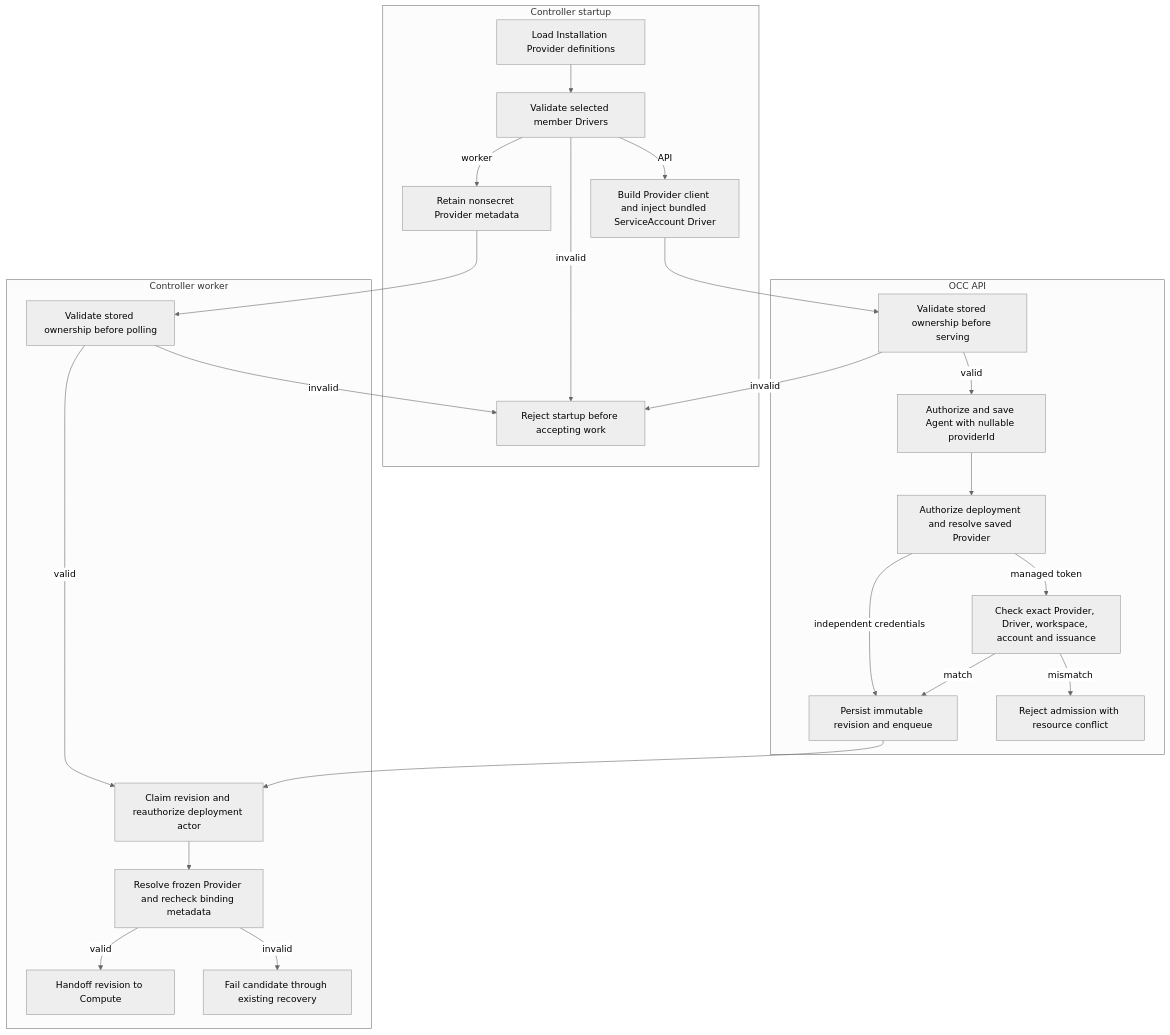
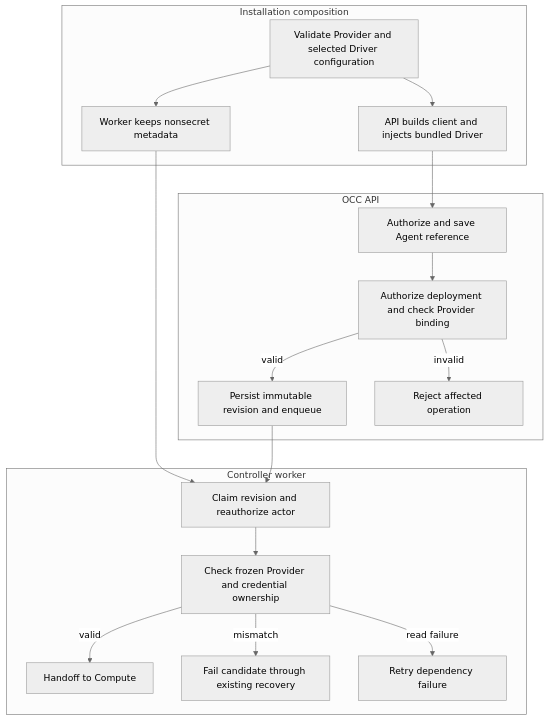
One commit to IsaiahStapleton/openclaw-enterprise changed the diagram in docs/flows/provider-driver-lifecycle.md. Above: the diagram before and after it, drawn with Mermaid (neutral theme). The commit also changed other lines of this file and 21 other files, not shown here.

Commit message:
refactor: simplify Provider ownership and startup

````diff
--- a/docs/flows/provider-driver-lifecycle.md
+++ b/docs/flows/provider-driver-lifecycle.md
@@ -37,28 +29,21 @@
 ```mermaid
 graph TD
-  subgraph Startup["Controller startup"]
-    A["Load Installation Provider definitions"] --> B["Validate selected member Drivers"]
-    B -->|invalid| C["Reject startup before accepting work"]
-    B -->|API| D["Build Provider client and inject bundled ServiceAccount Driver"]
-    B -->|worker| E["Retain nonsecret Provider metadata"]
+  subgraph Composition["Installation composition"]
+    A["Validate Provider and selected Driver configuration"] --> B["API builds client and injects bundled Driver"]
+    A --> C["Worker keeps nonsecret metadata"]
   end
-  subgraph Admission["OCC API"]
-    D --> V["Validate stored ownership before serving"]
-    V -->|valid| F["Authorize and save Agent with nullable providerId"]
-    V -->|invalid| C
-    F --> G["Authorize deployment and resolve saved Provider"]
-    G -->|managed token| H["Check exact Provider, Driver, workspace, account and issuance"]
-    G -->|independent credentials| I["Persist immutable revision and enqueue"]
-    H -->|match| I
-    H -->|mismatch| J["Reject admission with resource conflict"]
+  subgraph API["OCC API"]
+    B --> D["Authorize and save Agent reference"]
+    D --> E["Authorize deployment and check Provider binding"]
+    E -->|valid| F["Persist immutable revision and enqueue"]
+    E -->|invalid| G["Reject affected operation"]
   end
-  subgraph Reconciliation["Controller worker"]
-    E --> W["Validate stored ownership before polling"]
-    W -->|valid| K["Claim revision and reauthorize deployment actor"]
-    W -->|invalid| C
-    I --> K
-    K --> L["Resolve frozen Provider and recheck binding metadata"]
-    L -->|valid| M["Handoff revision to Compute"]
-    L -->|invalid| N["Fail candidate through existing recovery"]
+  subgraph Worker["Controller worker"]
+    C --> H["Claim revision and reauthorize actor"]
+    F --> H
+    H --> I["Check frozen Provider and credential ownership"]
+    I -->|valid| J["Handoff to Compute"]
+    I -->|mismatch| K["Fail candidate through existing recovery"]
+    I -->|read failure| L["Retry dependency failure"]
   end
 ```
````
